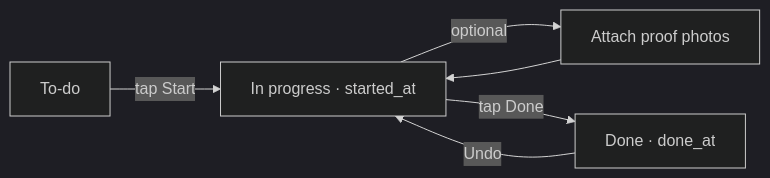
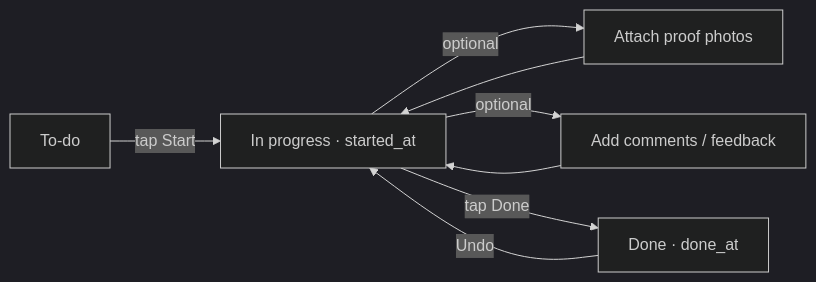
Before and after one commit to nolanle-gmail/pho-ha-noi: diagram 15 of 16 in docs/HANDBOOK.md, drawn with Mermaid (dark theme). The commit also changed other lines of this file and 9 other files, not shown here.

First line of the commit message:
Day tasks: comments / feedback alongside proof photos

````diff
--- a/docs/HANDBOOK.md
+++ b/docs/HANDBOOK.md
@@ -916,8 +926,10 @@
 ```mermaid
 flowchart LR
   TODO[To-do] -->|tap Start| PROG[In progress · started_at]
   PROG -->|optional| PHOTO[Attach proof photos]
+  PROG -->|optional| NOTE[Add comments / feedback]
   PHOTO --> PROG
+  NOTE --> PROG
   PROG -->|tap Done| DONE[Done · done_at]
   DONE -->|Undo| PROG
 ```
````
